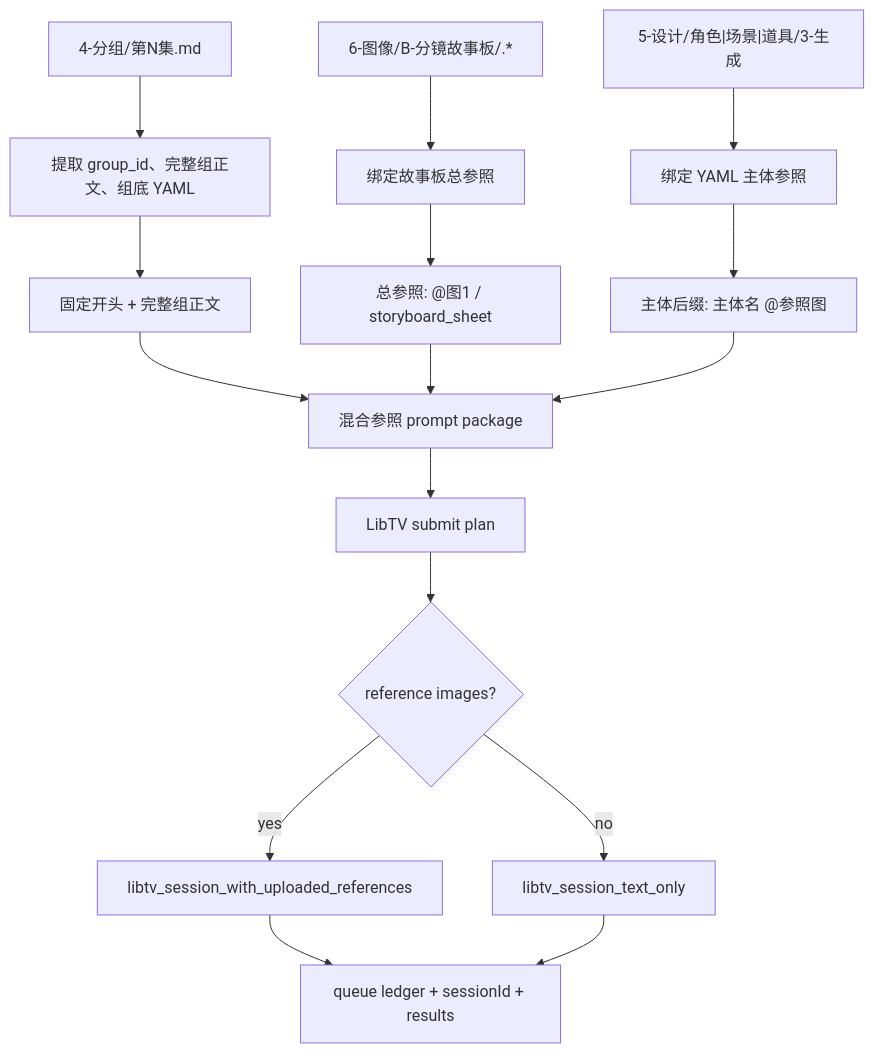
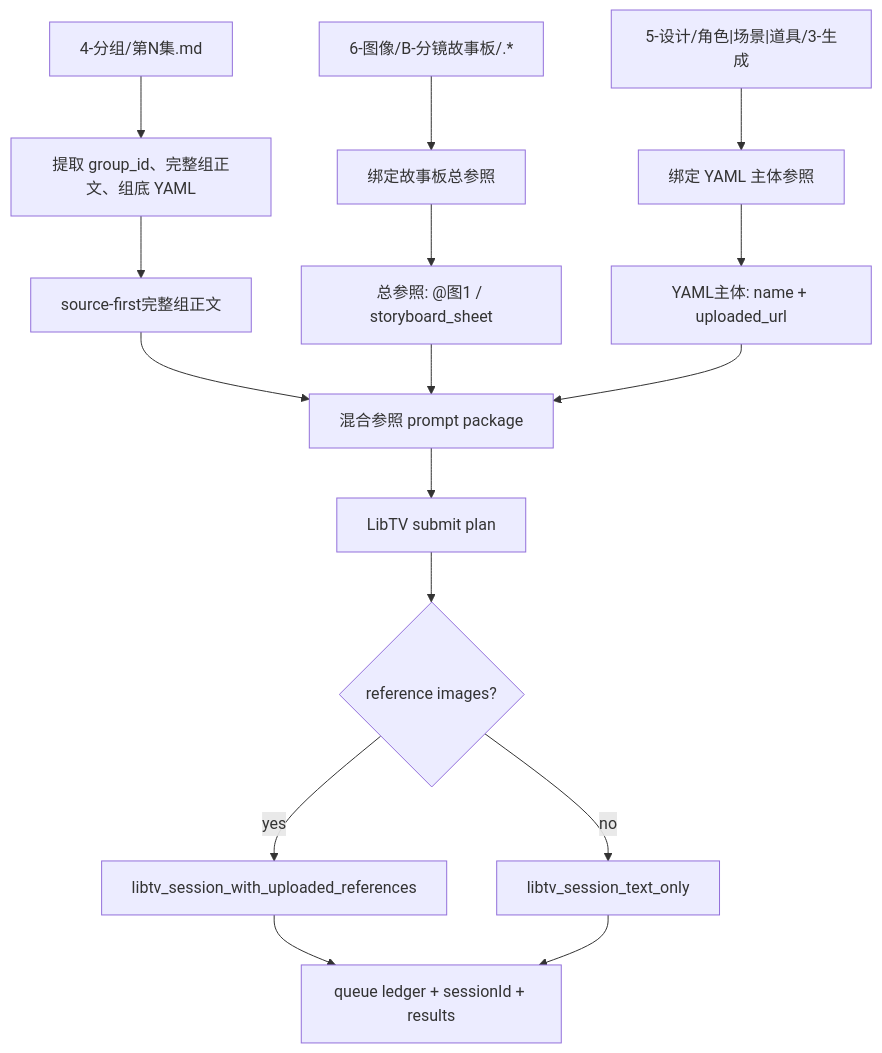
One commit to ZEN-VOID/AI-CUT changed the diagram in .agents/skills/aigc/7-视频/D-主板混合参照/SKILL.md. Above: the diagram before and after it, drawn with Mermaid. The commit also changed other lines of this file and 129 other files, not shown here.

````diff
--- a/.agents/skills/aigc/7-视频/D-主板混合参照/SKILL.md
+++ b/.agents/skills/aigc/7-视频/D-主板混合参照/SKILL.md
@@ -129,18 +130,18 @@
 ```mermaid
 flowchart TD
     A["4-分组/第N集.md"] --> B["提取 group_id、完整组正文、组底 YAML"]
     C["6-图像/B-分镜故事板/<group_id>.*"] --> D["绑定故事板总参照"]
     E["5-设计/角色|场景|道具/3-生成"] --> F["绑定 YAML 主体参照"]
-    B --> G["固定开头 + 完整组正文"]
+    B --> G["source-first完整组正文"]
     D --> H["总参照: @图1 / storyboard_sheet"]
-    F --> I["主体后缀: 主体名 @参照图"]
+    F --> I["YAML主体: name + uploaded_url"]
     G --> J["混合参照 prompt package"]
     H --> J
     I --> J
     J --> K["LibTV submit plan"]
     K --> L{"reference images?"}
     L -->|"yes"| M["libtv_session_with_uploaded_references"]
     L -->|"no"| N["libtv_session_text_only"]
     M --> O["queue ledger + sessionId + results"]
     N --> O
 ```
````
